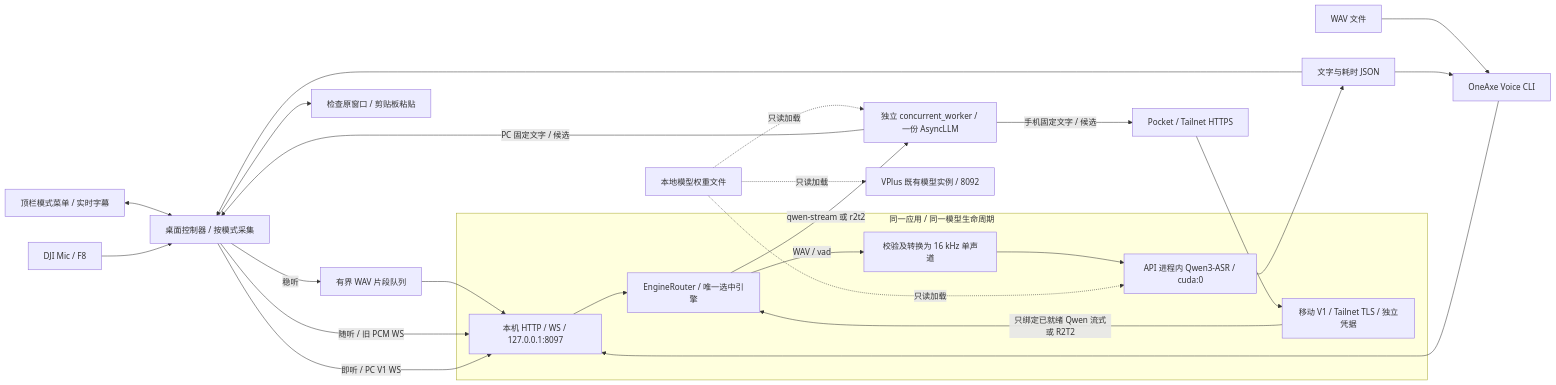
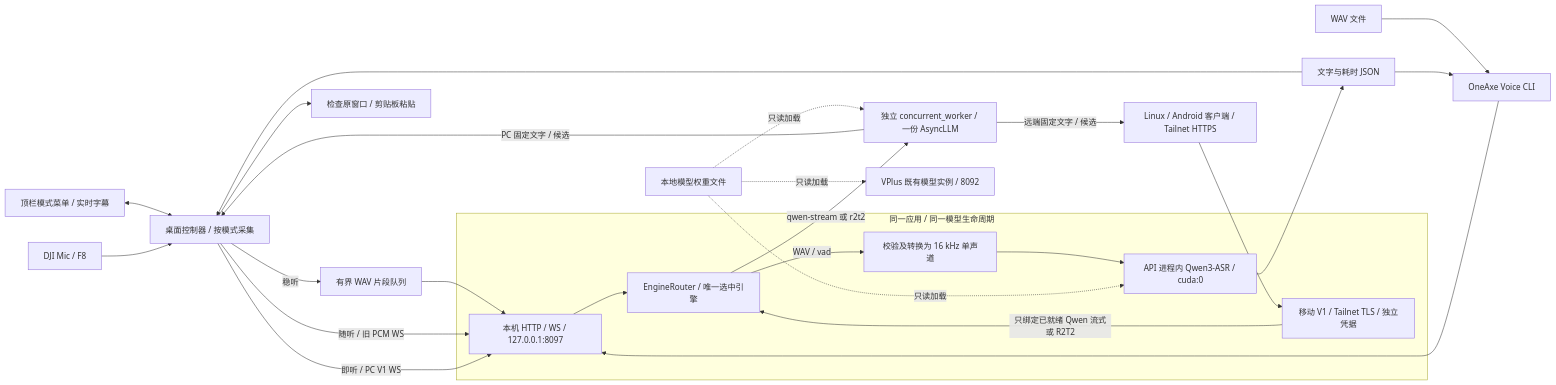
One commit to insky2017/oneaxe-voice changed the diagram in server/docs/architecture.md. Above: the diagram before and after it, drawn with Mermaid. The commit also changed other lines of this file and 9 other files, not shown here.

````diff
--- a/server/docs/architecture.md
+++ b/server/docs/architecture.md
@@ -13,28 +21,28 @@
 ```mermaid
 flowchart LR
     T[顶栏模式菜单 / 实时字幕] <--> K
     M[DJI Mic / F8] --> K[桌面控制器 / 按模式采集]
     K -->|稳听| Q[有界 WAV 片段队列]
     Q --> C
     K -->|随听 / 旧 PCM WS| C
     K -->|即听 / PC V1 WS| C
-    P2[Pocket / Tailnet HTTPS] --> A2
+    P2[Linux / Android 客户端 / Tailnet HTTPS] --> A2
     A[WAV 文件] --> B[OneAxe Voice CLI]
     B --> C
     subgraph API[同一应用 / 同一模型生命周期]
         C[本机 HTTP / WS / 127.0.0.1:8097] --> G[EngineRouter / 唯一选中引擎]
         A2[移动 V1 / Tailnet TLS / 独立凭据] -->|只绑定已就绪 Qwen 流式或 R2T2| G
         G -->|WAV / vad| D[校验及转换为 16 kHz 单声道]
         D --> E[API 进程内 Qwen3-ASR / cuda:0]
     end
     G -->|qwen-stream 或 r2t2| R[独立 concurrent_worker / 一份 AsyncLLM]
     E --> F[文字与耗时 JSON]
     F --> B
     F --> K
     R -->|PC 固定文字 / 候选| K
-    R -->|手机固定文字 / 候选| P2
+    R -->|远端固定文字 / 候选| P2
     K --> P[检查原窗口 / 剪贴板粘贴]
     W[本地模型权重文件] -.只读加载.-> E
     W -.只读加载.-> R
     W -.只读加载.-> V[VPlus 既有模型实例 / 8092]
 ```
````
